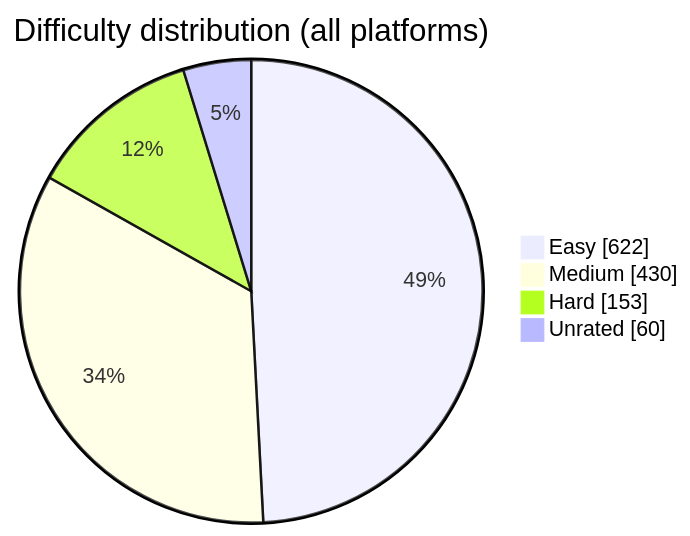
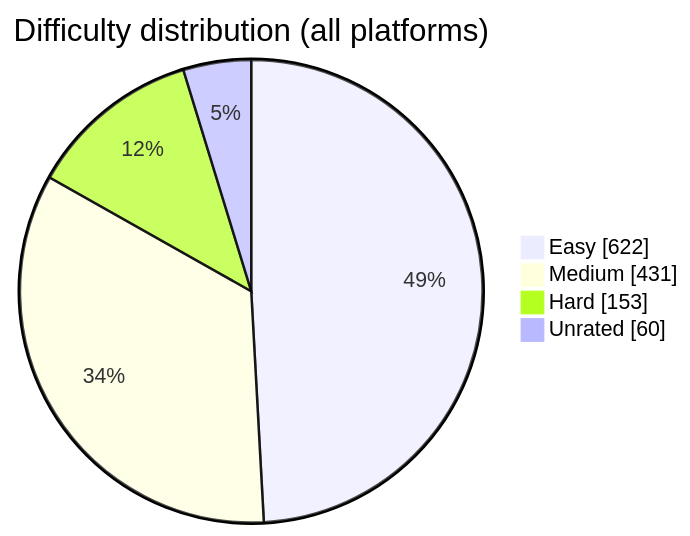
The diagram in README.md (BuildbyArindam/Daily-Coding-Log), drawn with Mermaid before and after one commit. The commit also changed other lines of this file, not shown here.

````diff
--- a/README.md
+++ b/README.md
@@ -93,7 +93,7 @@
 ```mermaid
 pie showData title Difficulty distribution (all platforms)
     "Easy" : 622
-    "Medium" : 430
+    "Medium" : 431
     "Hard" : 153
     "Unrated" : 60
 ```
````
